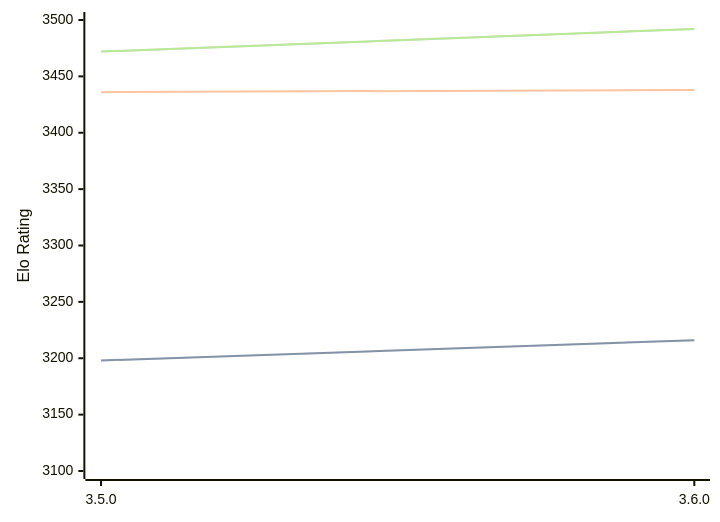
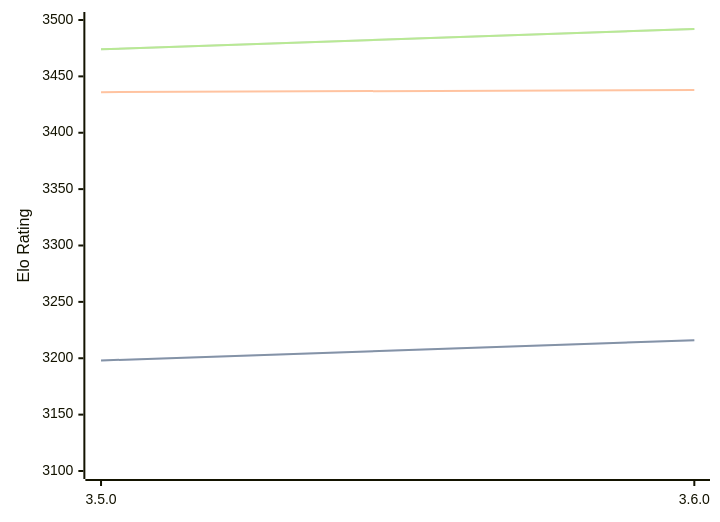
One commit to computer-chess-index/cci changed the diagram in engines/Igel.md. Above: the diagram before and after it, drawn with Mermaid. The commit also changed other lines of this file, not shown here.

Commit message:
Update CCI Ratings (ELO VLTC) - 2026-04-16

````diff
--- a/engines/Igel.md
+++ b/engines/Igel.md
@@ -68,11 +68,11 @@
 ```mermaid
 %%{init: {"theme":"base","themeVariables":{"seriesColors:['#a3a3a3','#222221','#faa371']}}}%%
 xychart-beta
   x-axis ["3.5.0", "3.6.0"]
   y-axis "Elo Rating" 3100 --> 3500
   line "STC (8.0+0.08s)" [3198, 3216]
   line "STC (8.0+0.08s)" [3198, 3216]
   line "LTC (60.0+0.60s)" [3436, 3438]
-  line "VLTC (2m24s+1.12s)" [3472, 3492]
-  line "VLTC (2m24s+1.12s)" [3472, 3492]
+  line "VLTC (2m24s+1.12s)" [3474, 3492]
+  line "VLTC (2m24s+1.12s)" [3474, 3492]
 ```
````
